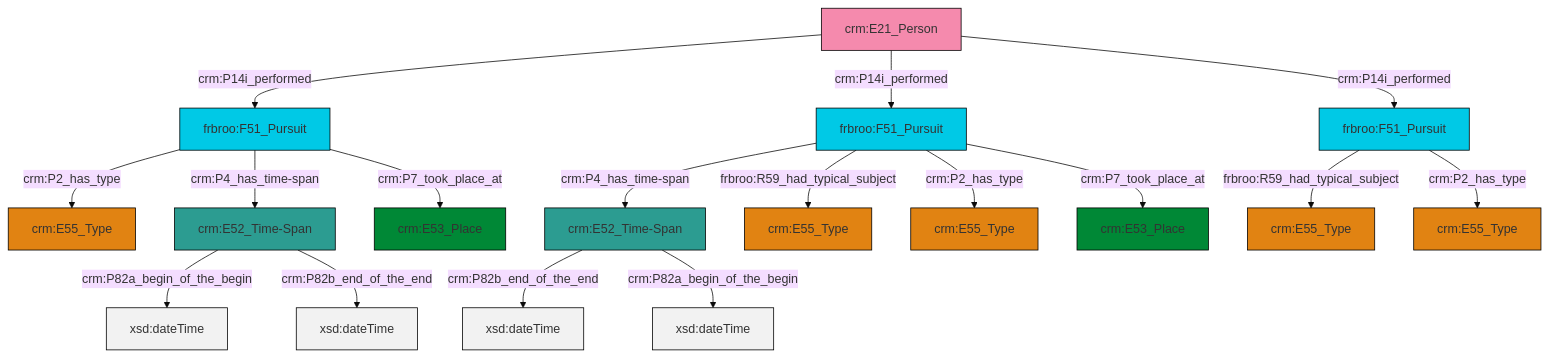
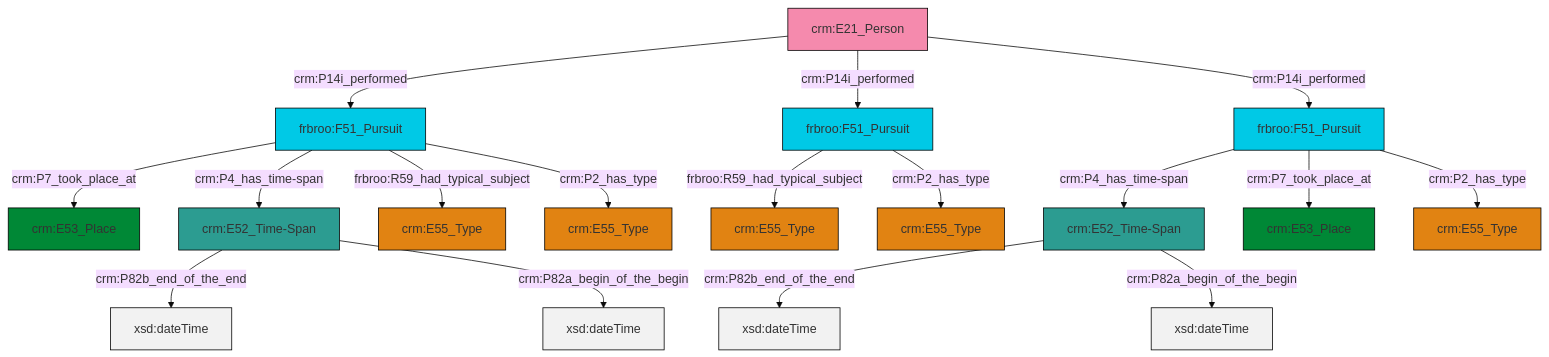
Before and after one commit to swiss-art-research-net/reference-data-models: the diagram in et/personCSV/ttl/mmd/Person_Event.ttl.mmd, drawn with Mermaid (base theme). The commit also changed 148 other files, not shown here.

```diff
--- a/et/personCSV/ttl/mmd/Person_Event.ttl.mmd
+++ b/et/personCSV/ttl/mmd/Person_Event.ttl.mmd
@@ -1,31 +1,31 @@
 graph TD
 classDef Literal fill:#f2f2f2,stroke:#000000;
 classDef CRM_Entity fill:#FFFFFF,stroke:#000000;
 classDef Temporal_Entity fill:#00C9E6, stroke:#000000;
 classDef Type fill:#E18312, stroke:#000000;
 classDef Time-Span fill:#2C9C91, stroke:#000000;
 classDef Appellation fill:#FFEB7F, stroke:#000000;
 classDef Place fill:#008836, stroke:#000000;
 classDef Persistent_Item fill:#B266B2, stroke:#000000;
 classDef Conceptual_Object fill:#FFD700, stroke:#000000;
 classDef Physical_Thing fill:#D2B48C, stroke:#000000;
 classDef Actor fill:#f58aad, stroke:#000000;
 classDef PC_Classes fill:#4ce600, stroke:#000000;
 classDef Multi fill:#cccccc,stroke:#000000;
 
-0["frbroo:F51_Pursuit"]:::Temporal_Entity -->|frbroo:R59_had_typical_subject| 1["crm:E55_Type"]:::Type
-7["frbroo:F51_Pursuit"]:::Temporal_Entity -->|crm:P4_has_time-span| 8["crm:E52_Time-Span"]:::Time-Span
-7["frbroo:F51_Pursuit"]:::Temporal_Entity -->|frbroo:R59_had_typical_subject| 9["crm:E55_Type"]:::Type
-7["frbroo:F51_Pursuit"]:::Temporal_Entity -->|crm:P2_has_type| 2["crm:E55_Type"]:::Type
-8["crm:E52_Time-Span"]:::Time-Span -->|crm:P82b_end_of_the_end| 14[xsd:dateTime]:::Literal
-15["crm:E52_Time-Span"]:::Time-Span -->|crm:P82a_begin_of_the_begin| 17[xsd:dateTime]:::Literal
-15["crm:E52_Time-Span"]:::Time-Span -->|crm:P82b_end_of_the_end| 18[xsd:dateTime]:::Literal
-7["frbroo:F51_Pursuit"]:::Temporal_Entity -->|crm:P7_took_place_at| 12["crm:E53_Place"]:::Place
-20["frbroo:F51_Pursuit"]:::Temporal_Entity -->|crm:P2_has_type| 5["crm:E55_Type"]:::Type
-21["crm:E21_Person"]:::Actor -->|crm:P14i_performed| 20["frbroo:F51_Pursuit"]:::Temporal_Entity
-0["frbroo:F51_Pursuit"]:::Temporal_Entity -->|crm:P2_has_type| 10["crm:E55_Type"]:::Type
-21["crm:E21_Person"]:::Actor -->|crm:P14i_performed| 7["frbroo:F51_Pursuit"]:::Temporal_Entity
-20["frbroo:F51_Pursuit"]:::Temporal_Entity -->|crm:P4_has_time-span| 15["crm:E52_Time-Span"]:::Time-Span
-20["frbroo:F51_Pursuit"]:::Temporal_Entity -->|crm:P7_took_place_at| 26["crm:E53_Place"]:::Place
-21["crm:E21_Person"]:::Actor -->|crm:P14i_performed| 0["frbroo:F51_Pursuit"]:::Temporal_Entity
-8["crm:E52_Time-Span"]:::Time-Span -->|crm:P82a_begin_of_the_begin| 28[xsd:dateTime]:::Literal
+0["frbroo:F51_Pursuit"]:::Temporal_Entity -->|crm:P7_took_place_at| 1["crm:E53_Place"]:::Place
+6["crm:E21_Person"]:::Actor -->|crm:P14i_performed| 0["frbroo:F51_Pursuit"]:::Temporal_Entity
+7["frbroo:F51_Pursuit"]:::Temporal_Entity -->|frbroo:R59_had_typical_subject| 8["crm:E55_Type"]:::Type
+0["frbroo:F51_Pursuit"]:::Temporal_Entity -->|crm:P4_has_time-span| 13["crm:E52_Time-Span"]:::Time-Span
+14["frbroo:F51_Pursuit"]:::Temporal_Entity -->|crm:P4_has_time-span| 15["crm:E52_Time-Span"]:::Time-Span
+0["frbroo:F51_Pursuit"]:::Temporal_Entity -->|frbroo:R59_had_typical_subject| 2["crm:E55_Type"]:::Type
+0["frbroo:F51_Pursuit"]:::Temporal_Entity -->|crm:P2_has_type| 16["crm:E55_Type"]:::Type
+7["frbroo:F51_Pursuit"]:::Temporal_Entity -->|crm:P2_has_type| 4["crm:E55_Type"]:::Type
+14["frbroo:F51_Pursuit"]:::Temporal_Entity -->|crm:P7_took_place_at| 9["crm:E53_Place"]:::Place
+6["crm:E21_Person"]:::Actor -->|crm:P14i_performed| 7["frbroo:F51_Pursuit"]:::Temporal_Entity
+15["crm:E52_Time-Span"]:::Time-Span -->|crm:P82b_end_of_the_end| 24[xsd:dateTime]:::Literal
+13["crm:E52_Time-Span"]:::Time-Span -->|crm:P82b_end_of_the_end| 26[xsd:dateTime]:::Literal
+13["crm:E52_Time-Span"]:::Time-Span -->|crm:P82a_begin_of_the_begin| 29[xsd:dateTime]:::Literal
+14["frbroo:F51_Pursuit"]:::Temporal_Entity -->|crm:P2_has_type| 19["crm:E55_Type"]:::Type
+6["crm:E21_Person"]:::Actor -->|crm:P14i_performed| 14["frbroo:F51_Pursuit"]:::Temporal_Entity
+15["crm:E52_Time-Span"]:::Time-Span -->|crm:P82a_begin_of_the_begin| 32[xsd:dateTime]:::Literal
```
